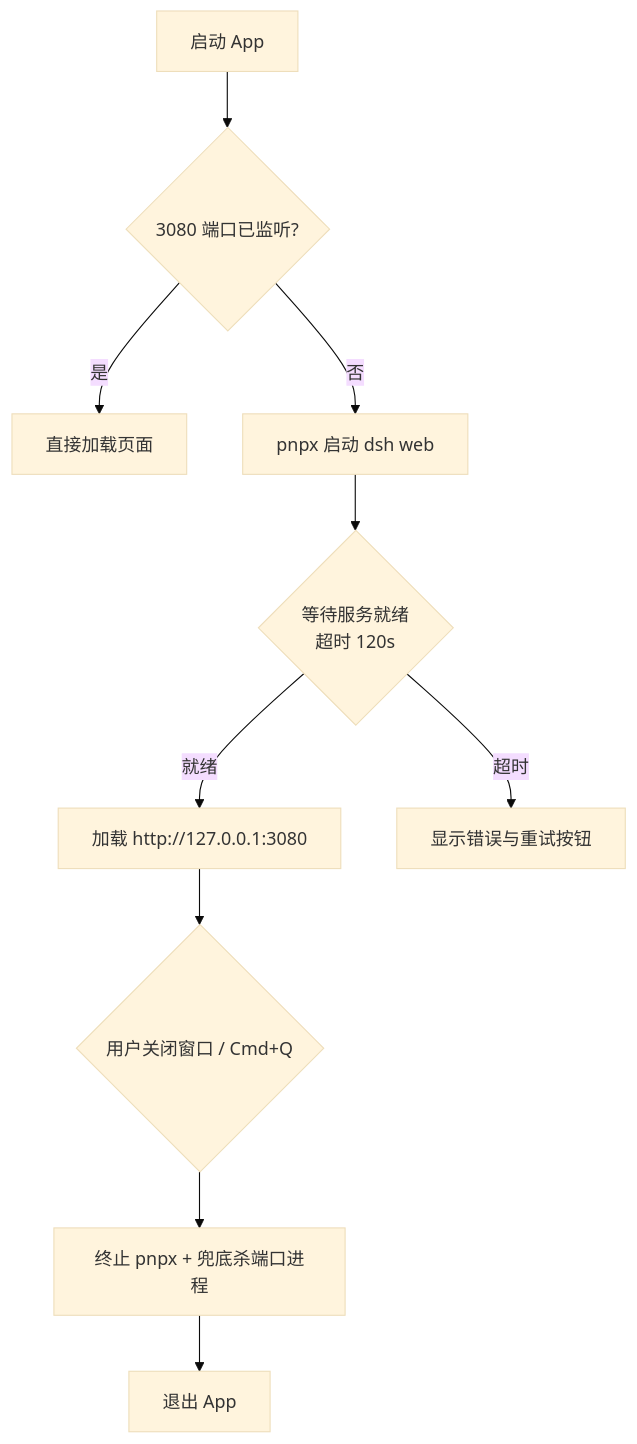
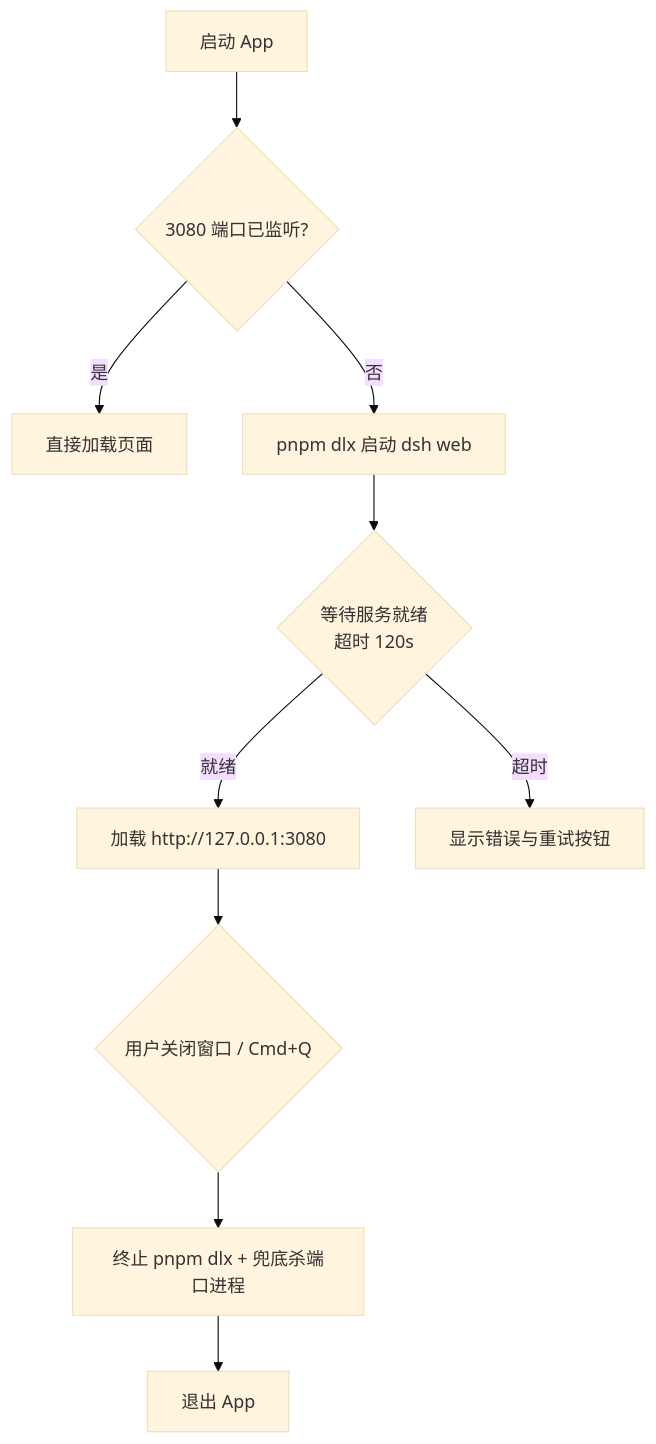
The diagram in README.md (yujinping/dsh-app), drawn with Mermaid (base theme) before and after one commit. The commit also changed other lines of this file and 2 other files, not shown here.

First line of the commit message:
feat(dsh-app): 启动前检测依赖并改用 pnpm dlx

````diff
--- a/README.md
+++ b/README.md
@@ -18,12 +18,12 @@
 ```mermaid
 flowchart TD
     A[启动 App] --> B{3080 端口已监听?}
     B -- 是 --> C[直接加载页面]
-    B -- 否 --> D[pnpx 启动 dsh web]
+    B -- 否 --> D[pnpm dlx 启动 dsh web]
     D --> E{等待服务就绪<br>超时 120s}
     E -- 就绪 --> F[加载 http://127.0.0.1:3080]
     E -- 超时 --> G[显示错误与重试按钮]
     F --> H{用户关闭窗口 / Cmd+Q}
-    H --> I[终止 pnpx + 兜底杀端口进程]
+    H --> I[终止 pnpm dlx + 兜底杀端口进程]
     I --> J[退出 App]
 ```
````
